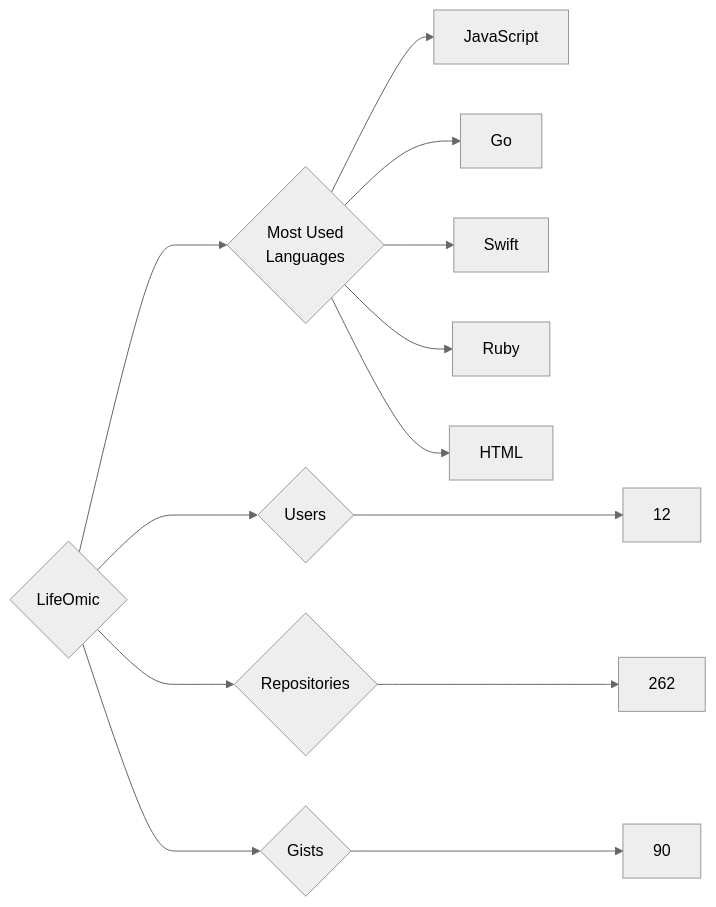
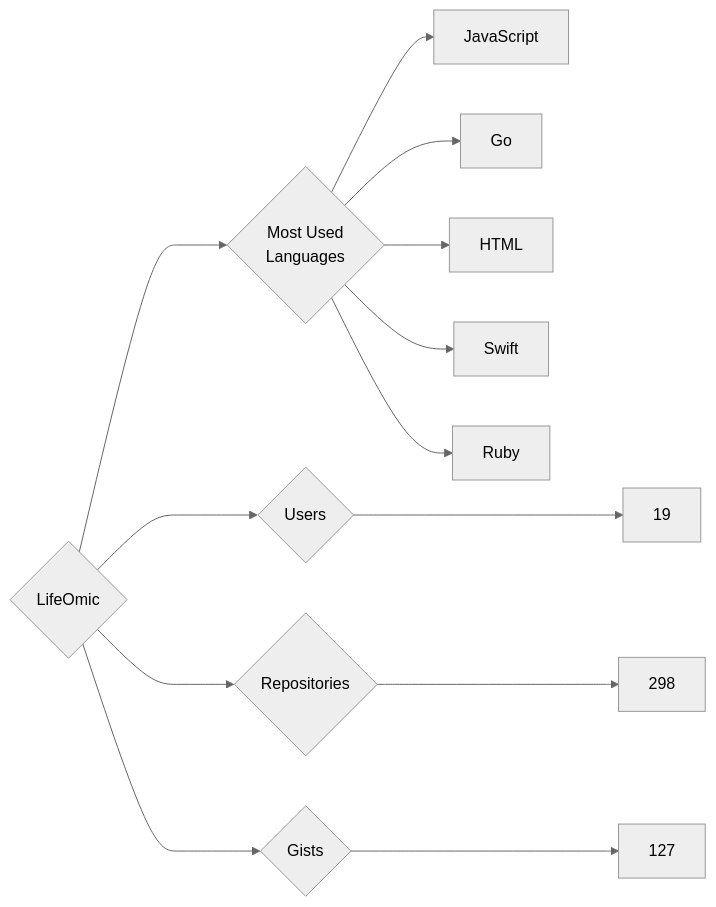
One commit to trickest/insiders changed the diagram in targets/LifeOmic/README.md. Above: the diagram before and after it, drawn with Mermaid (neutral theme). The commit also changed 736 other files, not shown here.

````diff
--- a/targets/LifeOmic/README.md
+++ b/targets/LifeOmic/README.md
@@ -3,13 +3,13 @@
 ```mermaid
 graph LR
 COMPANY_NAME{LifeOmic}
-COMPANY_NAME ---> U{Users} ---> UN[12]
-COMPANY_NAME ---> R{Repositories} ---> RN[262]
-COMPANY_NAME ---> G{Gists} ---> GN[90]
+COMPANY_NAME ---> U{Users} ---> UN[19]
+COMPANY_NAME ---> R{Repositories} ---> RN[298]
+COMPANY_NAME ---> G{Gists} ---> GN[127]
 COMPANY_NAME ---> ML{Most Used<br>Languages}
 ML --> JavaScript[JavaScript]
 ML --> Go[Go]
+ML --> HTML[HTML]
 ML --> Swift[Swift]
 ML --> Ruby[Ruby]
-ML --> HTML[HTML]
 ```
````
